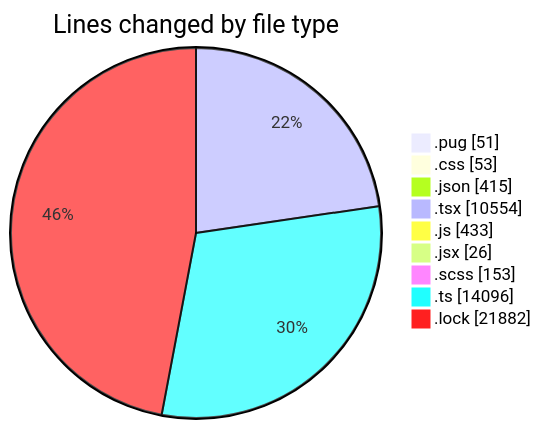
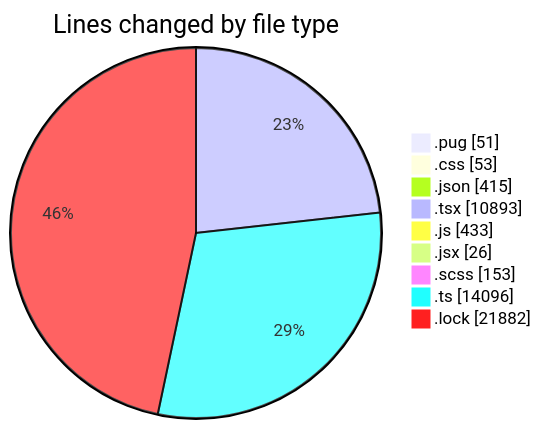
Before and after one commit to momahboobian/code-tracking: the first of 2 diagrams in 2025-11-06/cda/README.md, drawn with Mermaid. The commit also changed other lines of this file and 1 other file, not shown here.

````diff
--- a/2025-11-06/cda/README.md
+++ b/2025-11-06/cda/README.md
@@ -52,13 +52,13 @@
 ```mermaid
 pie showData
 title Lines changed by file type
 ".pug" : 51
 ".css" : 53
 ".json" : 415
-".tsx" : 10554
+".tsx" : 10893
 ".js" : 433
 ".jsx" : 26
 ".scss" : 153
 ".ts" : 14096
 ".lock" : 21882
 ```
````
